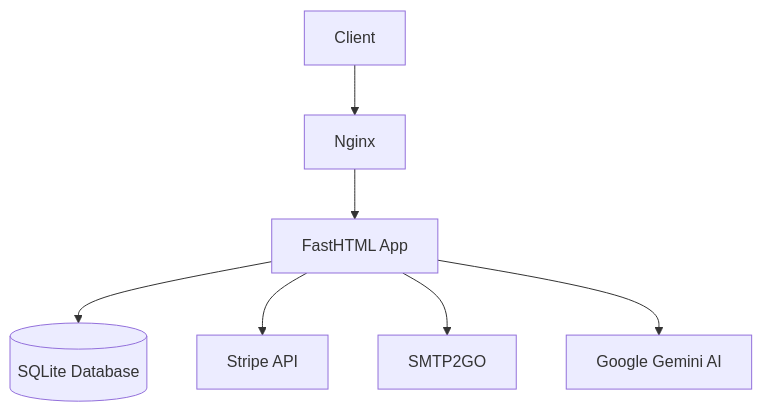
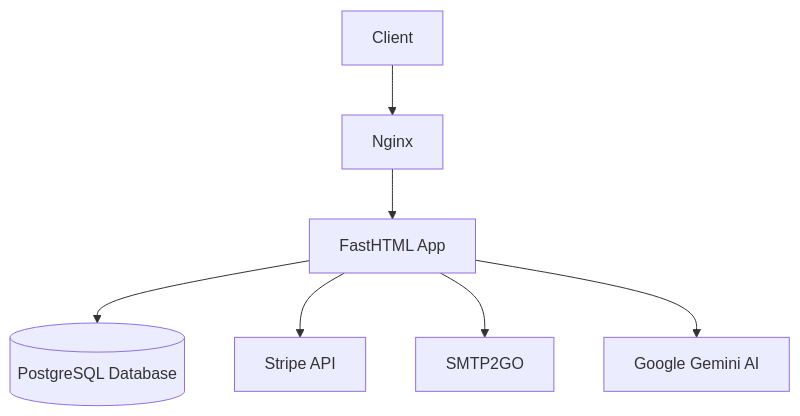
The diagram in README.md (AndreasThinks/feedback-to-me), drawn with Mermaid before and after one commit. The commit also changed other lines of this file and 8 other files, not shown here.

````diff
--- a/README.md
+++ b/README.md
@@ -30,9 +30,9 @@
 ```mermaid
 graph TD
     A[Client] --> B[Nginx]
     B --> C[FastHTML App]
-    C --> D[(SQLite Database)]
+    C --> D[(PostgreSQL Database)]
     C --> E[Stripe API]
     C --> F[SMTP2GO]
     C --> G[Google Gemini AI]
 ```
````
